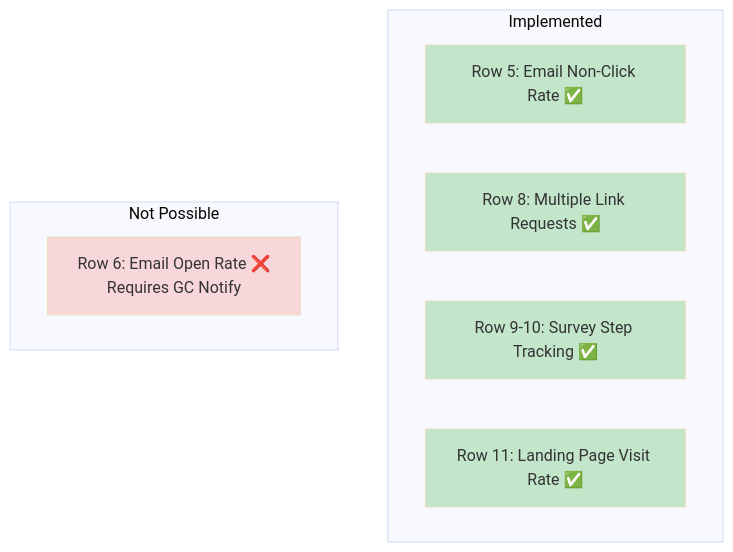
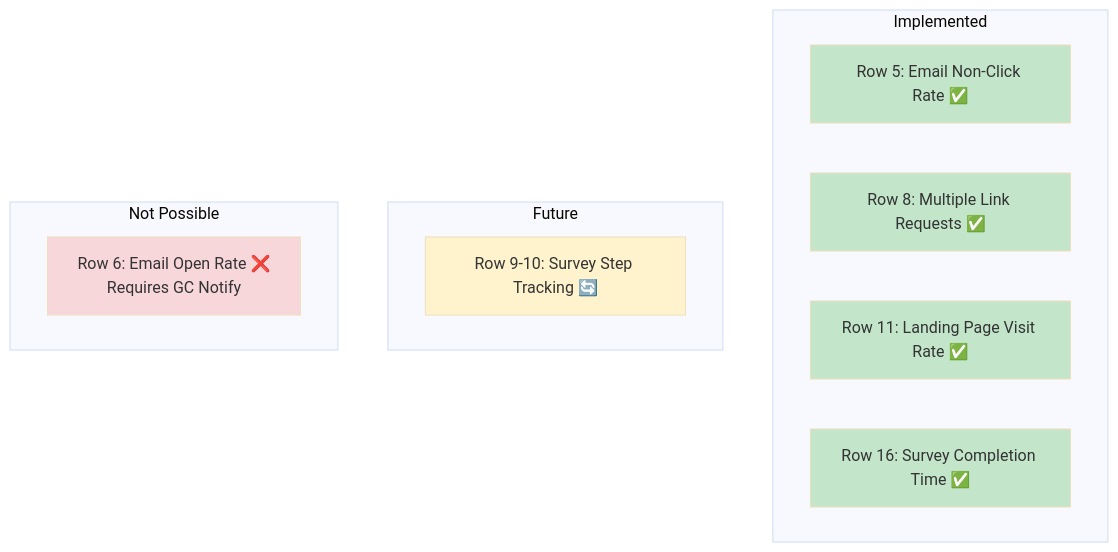
The first of 9 diagrams in docs/Analytics_Metrics_Tracker.md (bcgov/epic-engage), drawn with Mermaid before and after one commit. The commit also changed other lines of this file, not shown here.

Commit message:
docs: update Analytics Metrics Tracker with Row 16 Survey Completion Time

````diff
--- a/docs/Analytics_Metrics_Tracker.md
+++ b/docs/Analytics_Metrics_Tracker.md
@@ -9,20 +9,25 @@
 ```mermaid
 %%{init: {'theme':'base'}}%%
 graph TD
     subgraph Implemented
         R5[Row 5: Email Non-Click Rate ✅]
         R8[Row 8: Multiple Link Requests ✅]
-        R9[Row 9-10: Survey Step Tracking ✅]
         R11[Row 11: Landing Page Visit Rate ✅]
+        R16[Row 16: Survey Completion Time ✅]
+    end
+    
+    subgraph Future[Future]
+        R9[Row 9-10: Survey Step Tracking 🔄]
     end
     
     subgraph Not_Possible[Not Possible]
         R6[Row 6: Email Open Rate ❌<br/>Requires GC Notify]
     end
     
     style R5 fill:#c3e6cb
     style R8 fill:#c3e6cb
-    style R9 fill:#c3e6cb
     style R11 fill:#c3e6cb
+    style R16 fill:#c3e6cb
+    style R9 fill:#fff3cd
     style R6 fill:#f8d7da
 ```
````
